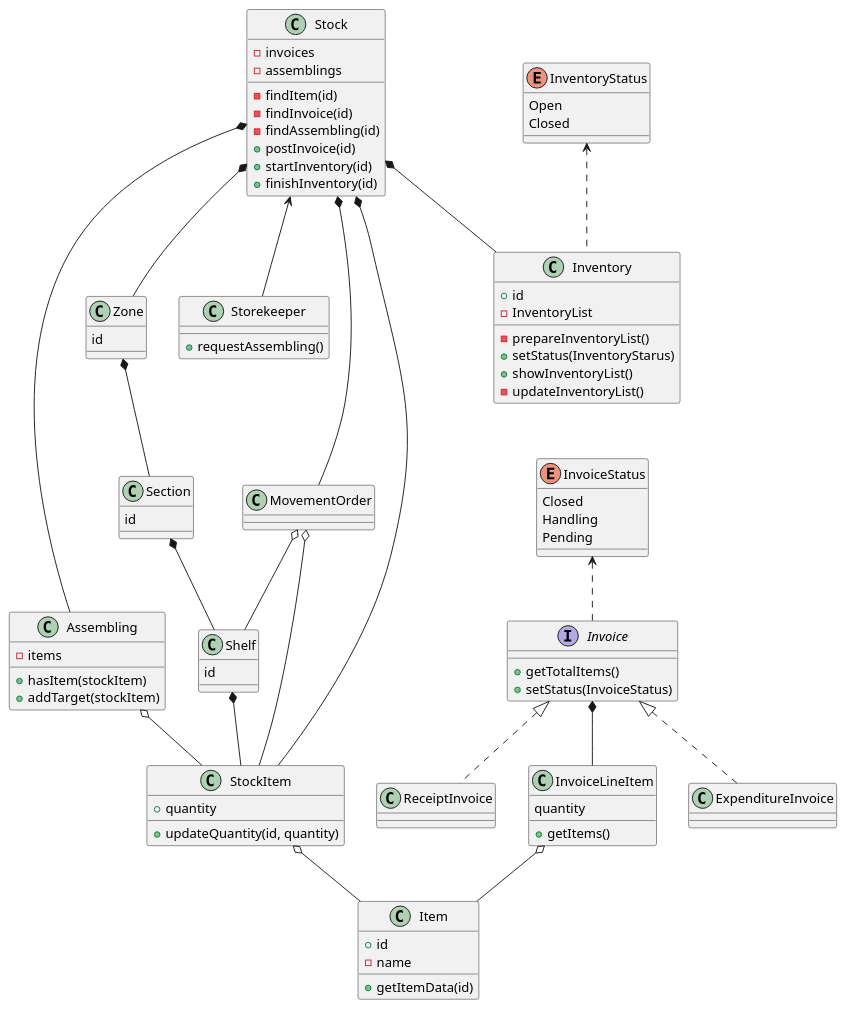
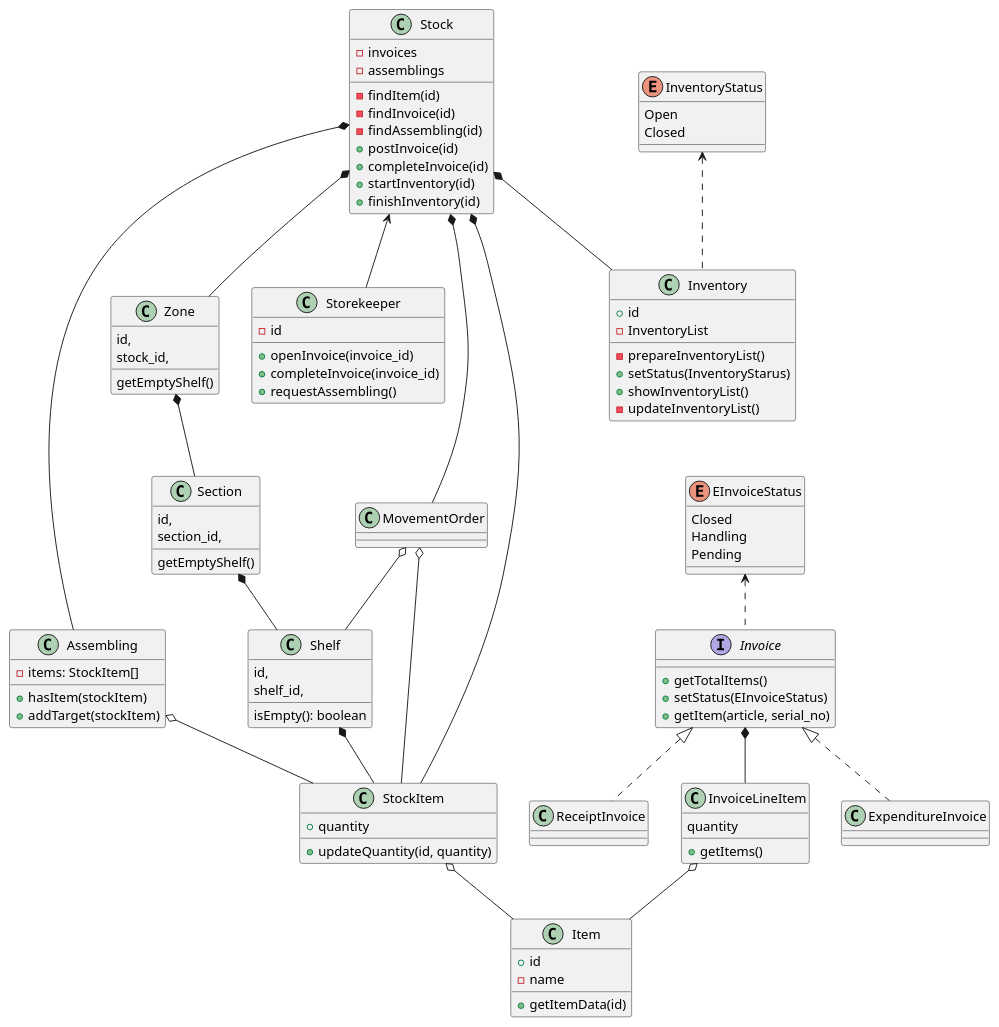
The diagram in warehouse/диаграмма_классов.md (penamarth/bsbo-02-21_team5_var6_sklad), drawn with PlantUML before and after one commit. The commit also changed 1 other file, not shown here.

Commit message:
Change class diagram for Recieve Use-Case

```diff
--- a/warehouse/диаграмма_классов.md
+++ b/warehouse/диаграмма_классов.md
@@ -9,6 +9,7 @@
   -findInvoice(id)
   -findAssembling(id)
   +postInvoice(id)
+  +completeInvoice(id)
   +startInventory(id)
   +finishInventory(id)
 }
@@ -27,18 +28,24 @@
 }
 
 class Zone {
-  id
+  id,
+  stock_id,
+  getEmptyShelf()
 }
 
 class Section {
-  id
+  id,
+  section_id,
+  getEmptyShelf()
 }
 
 class Shelf {
-  id
+  id,
+  shelf_id,
+  isEmpty(): boolean
 }
 
-enum InvoiceStatus {
+enum EInvoiceStatus {
   Closed
   Handling
   Pending
@@ -46,7 +53,8 @@
 
 interface Invoice {
   +getTotalItems()
-  +setStatus(InvoiceStatus)
+  +setStatus(EInvoiceStatus)
+  +getItem(article, serial_no)
 }
 
 class ExpenditureInvoice {}
@@ -59,11 +67,14 @@
 }
 
 class Storekeeper {
+  -id
+  +openInvoice(invoice_id)
+  +completeInvoice(invoice_id)
   +requestAssembling()
 }
 
 class Assembling {
-  -items
+  -items: StockItem[]
   +hasItem(stockItem)
   +addTarget(stockItem)
 }
@@ -99,7 +110,7 @@
 Stock *-- StockItem
 Invoice <|.. ExpenditureInvoice
 Invoice <|.. ReceiptInvoice
-InvoiceStatus <.. Invoice
+EInvoiceStatus <.. Invoice
 InventoryStatus <.. Inventory
 
 @enduml
```
